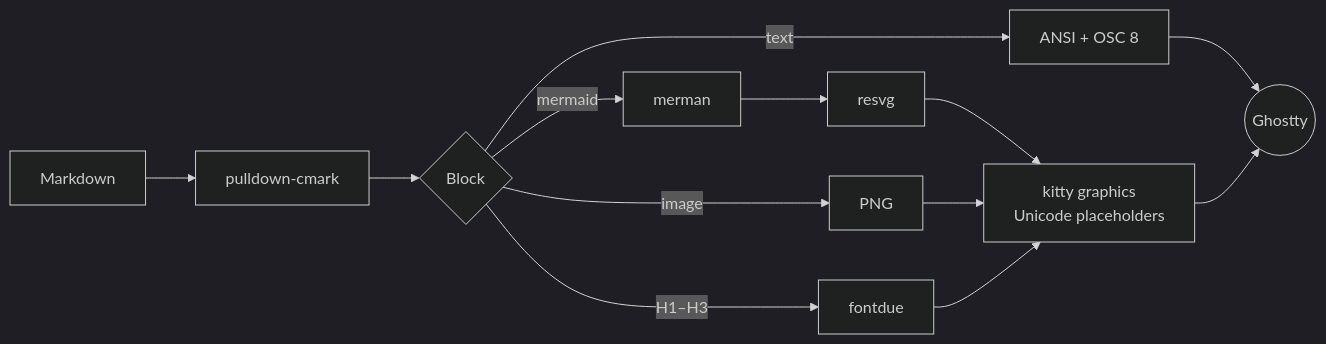
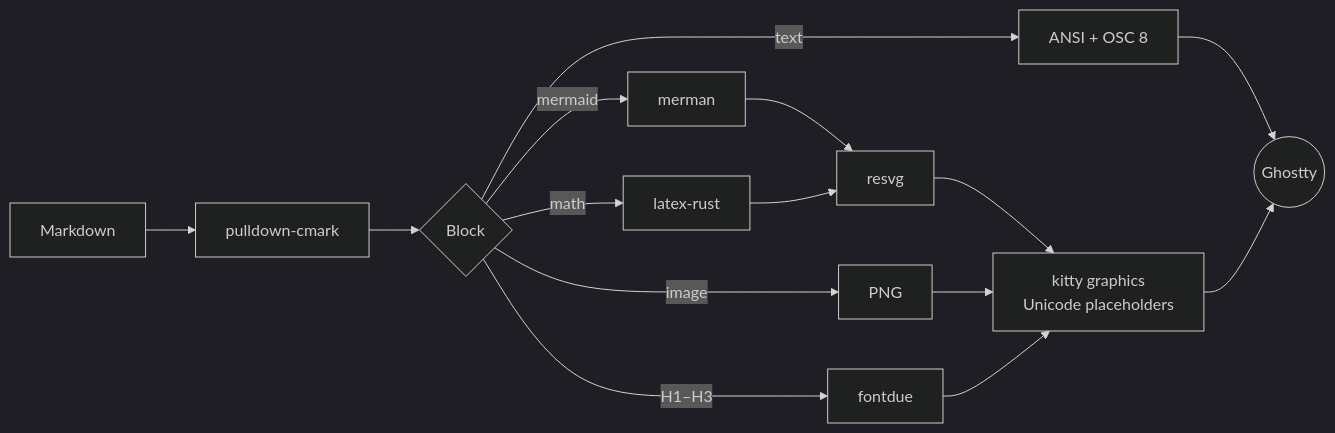
One commit to turchenkoalex/martty changed the diagram in README.md. Above: the diagram before and after it, drawn with Mermaid (dark theme). The commit also changed other lines of this file and 20 other files, not shown here.

````diff
--- a/README.md
+++ b/README.md
@@ -157,14 +161,15 @@
 ```mermaid
 flowchart LR
     MD[Markdown] --> P[pulldown-cmark]
     P --> R{Block}
     R -->|text| T[ANSI + OSC 8]
     R -->|mermaid| M[merman] --> S[resvg]
     R -->|image| I[PNG]
     R -->|H1–H3| F[fontdue]
+    R -->|math| X[latex-rust] --> S
     S --> K[kitty graphics<br/>Unicode placeholders]
     I --> K
     F --> K
     T --> G((Ghostty))
     K --> G
 ```
````
